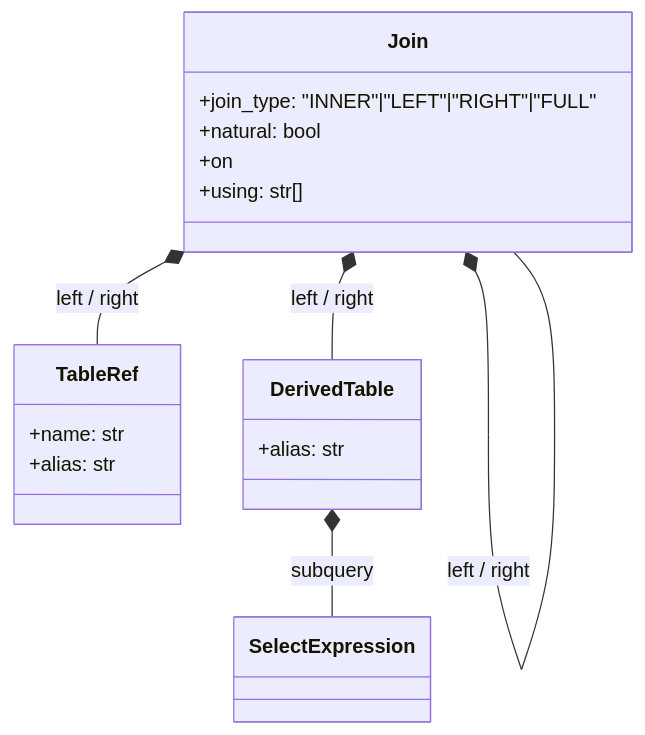
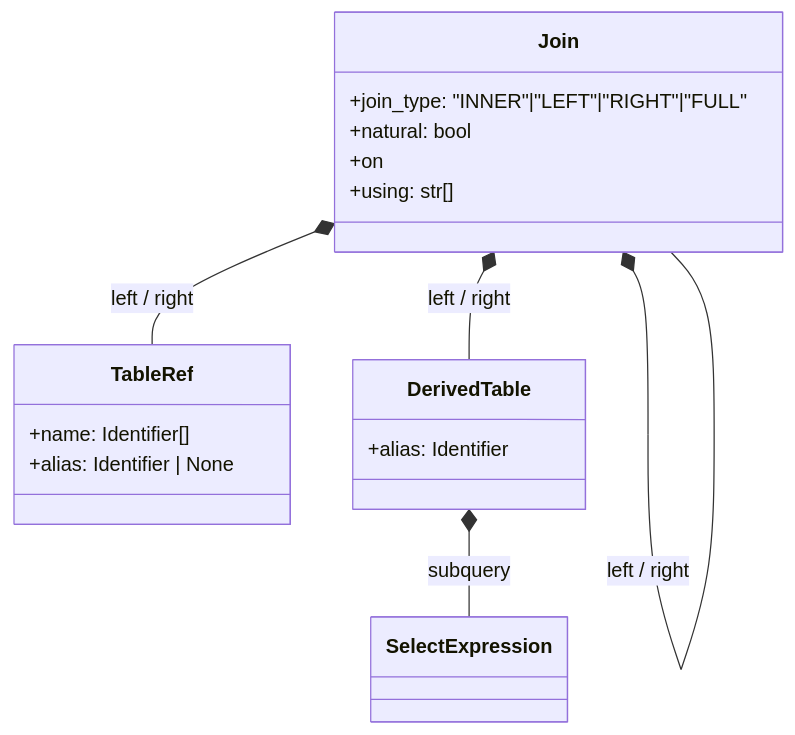
The diagram in docs/images/ast/src/table-sources.mmd (pdssp/pyadql), drawn with Mermaid before and after one commit. The commit also changed 9 other files, not shown here.

```diff
--- a/docs/images/ast/src/table-sources.mmd
+++ b/docs/images/ast/src/table-sources.mmd
@@ -1,17 +1,17 @@
 classDiagram
     Join *-- TableRef : left / right
     Join *-- DerivedTable : left / right
     Join *-- Join : left / right
     DerivedTable *-- SelectExpression : subquery
 
     class TableRef {
-        +name: str
-        +alias: str
+        +name: Identifier[]
+        +alias: Identifier | None
     }
-    class DerivedTable { +alias: str }
+    class DerivedTable { +alias: Identifier }
     class Join {
         +join_type: "INNER"|"LEFT"|"RIGHT"|"FULL"
         +natural: bool
         +on
         +using: str[]
     }
```
